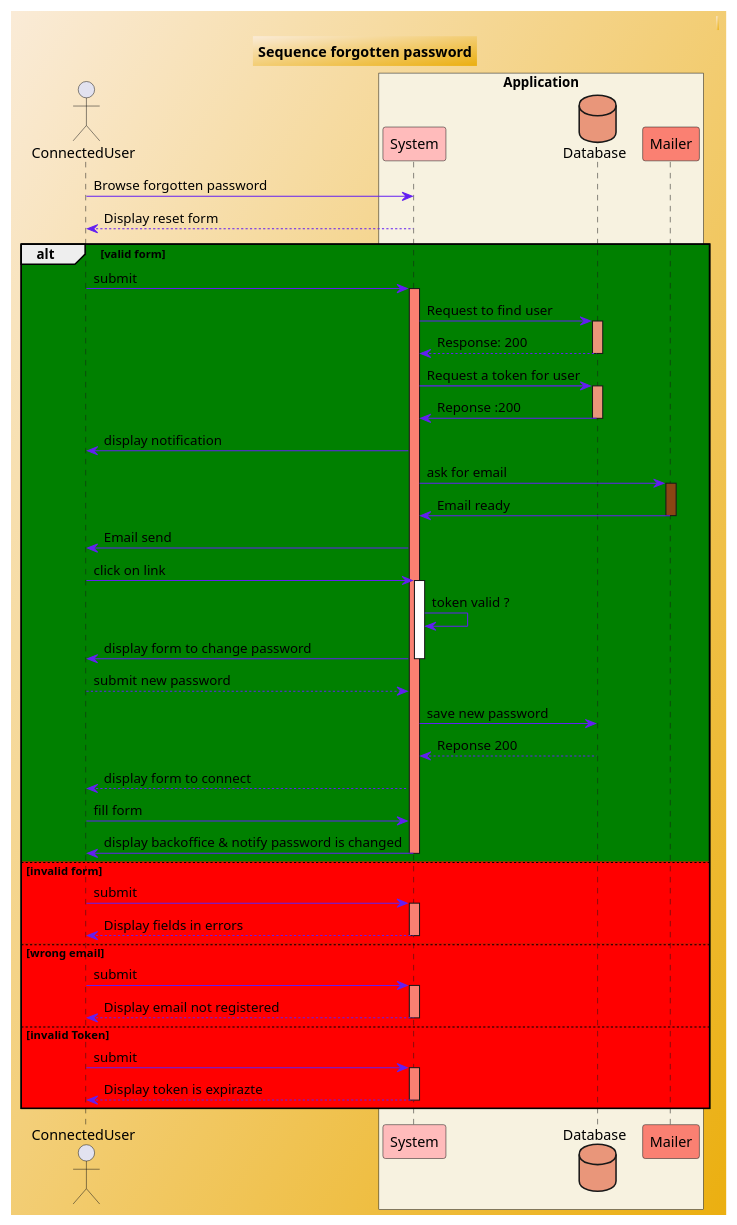
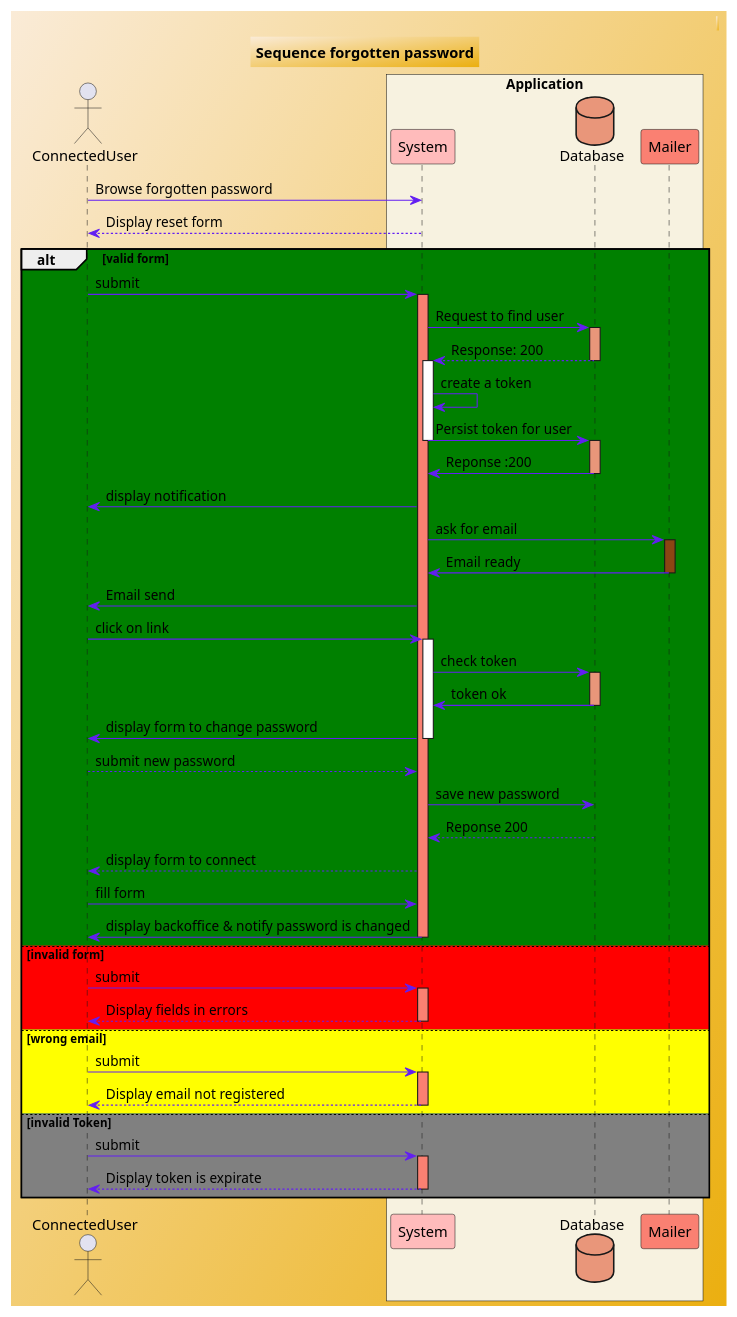
The diagram in diagrams/sequence-forgotten.puml (ronan-develop/snowtricks), drawn with PlantUML before and after one commit.

Commit message:
Diagramm: update sequence forgotten password modified:   diagrams/sequence-forgotten.puml

```diff
--- a/diagrams/sequence-forgotten.puml
+++ b/diagrams/sequence-forgotten.puml
@@ -1,85 +1,91 @@
-@startuml
+@startuml forgotten password
 skinparam backgroundcolor AntiqueWhite/#EBAF10
 scale 650 width
 
 skinparam class {
     BackgroundColor #F2621F
     ArrowColor #631FF2
     BorderColor #DB2790
 }
 
 header ""
 
-TITLE "Sequence forgotten password"@startuml
+TITLE "Sequence forgotten password"
 skinparam backgroundcolor AntiqueWhite/#EBAF10
 scale 650 width
 
 skinparam class {
     BackgroundColor #F2621F
     ArrowColor #631FF2
     BorderColor #DB2790
 }
 
 header ""
 
 TITLE "Sequence forgotten password"
 
 actor ConnectedUser
 
 box "Application" #F7F2E0
 
 participant System #FFBBBB
 database Database #DarkSalmon
 participant Mailer #Salmon
 
 ConnectedUser -> System: Browse forgotten password
 System --> ConnectedUser: Display reset form
 
 alt #green valid form
 ConnectedUser -> System: submit
 activate System #Salmon
 System -> Database: Request to find user
 activate Database #DarkSalmon
 Database --> System: Response: 200
 deactivate Database
-System -> Database: Request a token for user
+activate System
+System -> System: create a token
+System -> Database: Persist token for user
+deactivate System
 activate Database #DarkSalmon
 Database -> System : Reponse :200
 deactivate Database
 System -> ConnectedUser: display notification
 System -> Mailer: ask for email
 activate Mailer #SaddleBrown
 Mailer -> System: Email ready
 deactivate Mailer
 System -> ConnectedUser: Email send
 ConnectedUser -> System: click on link
 activate System
-System -> System: token valid ?
+System -> Database: check token
+activate Database #DarkSalmon
+Database -> System: token ok
+deactivate Database
 System -> ConnectedUser: display form to change password
 deactivate System
 ConnectedUser --> System: submit new password
 System ->Database: save new password
 Database --> System: Reponse 200
 System --> ConnectedUser: display form to connect
 ConnectedUser -> System: fill form
 System -> ConnectedUser: display backoffice & notify password is changed
 deactivate System
 
 else #red invalid form
 ConnectedUser -> System: submit
 activate System #Salmon
 System --> ConnectedUser : Display fields in errors
 deactivate System
-else #red wrong email
+else #yellow wrong email
 ConnectedUser -> System: submit
 activate System #Salmon
 System --> ConnectedUser : Display email not registered
 deactivate System
-else #red invalid Token
+else #gray invalid Token
 ConnectedUser -> System: submit
 activate System #Salmon
-System --> ConnectedUser : Display token is expirazte
+System --> ConnectedUser : Display token is expirate
 deactivate System
 
 end
 @enduml
```
